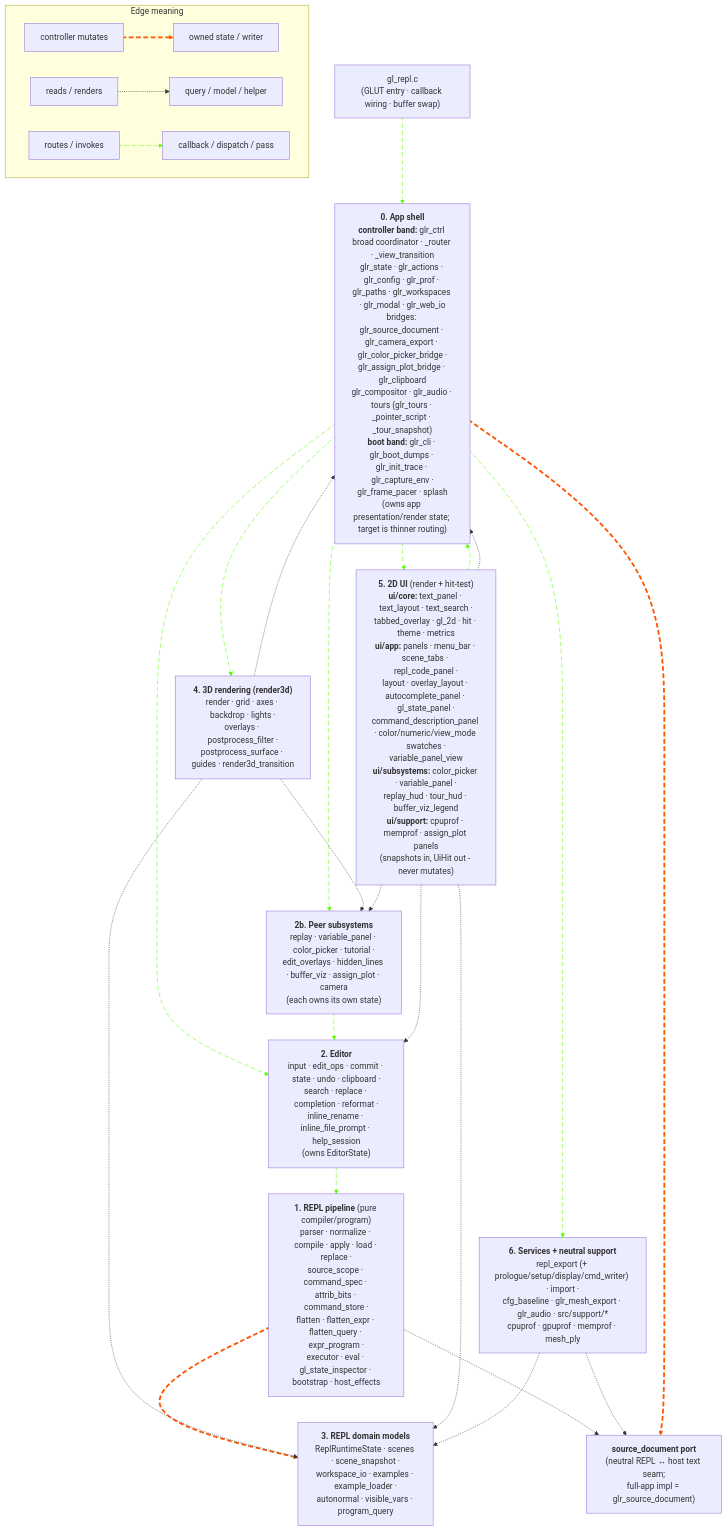
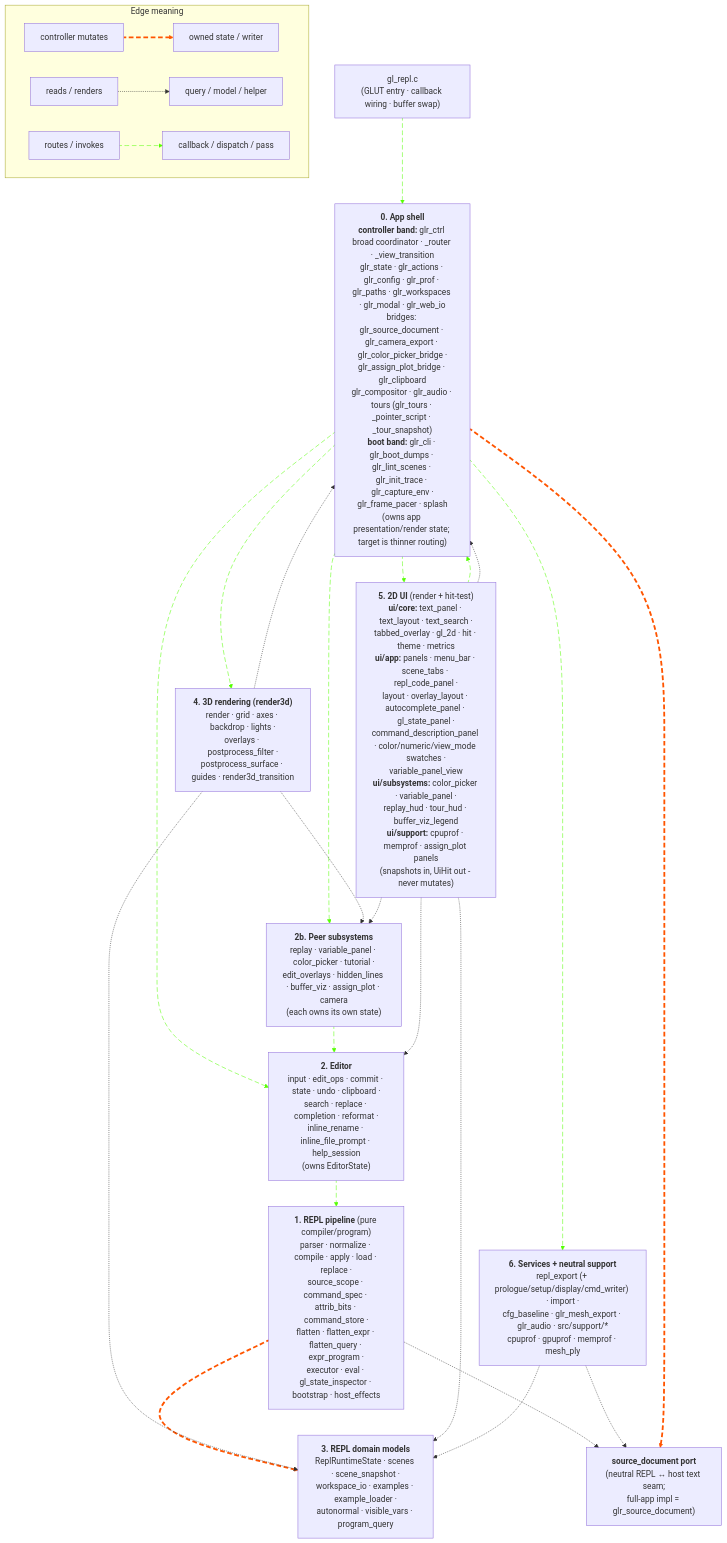
Before and after one commit to drewwoods/gl-repl: the first of 2 diagrams in docs/MODULES.md, drawn with Mermaid. The commit also changed other lines of this file and 15 other files, not shown here.

````diff
--- a/docs/MODULES.md
+++ b/docs/MODULES.md
@@ -746,79 +747,79 @@
 ```mermaid
 flowchart TB
     subgraph legend["Edge meaning"]
         lmut_a["controller mutates"] e1@==> lmut_b["owned state / writer"]
         lread_a["reads / renders"] -.-> lread_b["query / model / helper"]
         lflow_a["routes / invokes"] i1@--> lflow_b["callback / dispatch / pass"]
     end
 
     gl_repl["gl_repl.c<br/>(GLUT entry · callback wiring · buffer swap)"]
 
-    app["<b>0. App shell</b><br/><b>controller band:</b> glr_ctrl broad coordinator · _router · _view_transition<br/>glr_state · glr_actions · glr_config · glr_prof · glr_paths · glr_workspaces · glr_modal · glr_web_io<br/>bridges: glr_source_document · glr_camera_export · glr_color_picker_bridge ·<br/>glr_assign_plot_bridge · glr_clipboard<br/>glr_compositor · glr_audio · tours (glr_tours · _pointer_script · _tour_snapshot)<br/><b>boot band:</b> glr_cli · glr_boot_dumps · glr_init_trace · glr_capture_env ·<br/>glr_frame_pacer · splash<br/>(owns app presentation/render state; target is thinner routing)"]
+    app["<b>0. App shell</b><br/><b>controller band:</b> glr_ctrl broad coordinator · _router · _view_transition<br/>glr_state · glr_actions · glr_config · glr_prof · glr_paths · glr_workspaces · glr_modal · glr_web_io<br/>bridges: glr_source_document · glr_camera_export · glr_color_picker_bridge ·<br/>glr_assign_plot_bridge · glr_clipboard<br/>glr_compositor · glr_audio · tours (glr_tours · _pointer_script · _tour_snapshot)<br/><b>boot band:</b> glr_cli · glr_boot_dumps · glr_lint_scenes · glr_init_trace · glr_capture_env ·<br/>glr_frame_pacer · splash<br/>(owns app presentation/render state; target is thinner routing)"]
 
     editor["<b>2. Editor</b><br/>input · edit_ops · commit · state · undo · clipboard ·<br/>search · replace · completion · reformat ·<br/>inline_rename · inline_file_prompt · help_session<br/>(owns EditorState)"]
 
     peers["<b>2b. Peer subsystems</b><br/>replay · variable_panel · color_picker · tutorial ·<br/>edit_overlays · hidden_lines · buffer_viz · assign_plot · camera<br/>(each owns its own state)"]
 
     repl["<b>1. REPL pipeline</b> (pure compiler/program)<br/>parser · normalize · compile · apply · load · replace ·<br/>source_scope · command_spec · attrib_bits · command_store ·<br/>flatten · flatten_expr · flatten_query · expr_program ·<br/>executor · eval · gl_state_inspector · bootstrap · host_effects"]
 
     models["<b>3. REPL domain models</b><br/>ReplRuntimeState · scenes · scene_snapshot ·<br/>workspace_io · examples · example_loader ·<br/>autonormal · visible_vars · program_query"]
 
     srcdoc["<b>source_document port</b><br/>(neutral REPL ↔ host text seam;<br/>full-app impl = glr_source_document)"]
 
     ui["<b>5. 2D UI</b> (render + hit-test)<br/><b>ui/core:</b> text_panel · text_layout · text_search ·<br/>tabbed_overlay · gl_2d · hit · theme · metrics<br/><b>ui/app:</b> panels · menu_bar · scene_tabs · repl_code_panel ·<br/>layout · overlay_layout · autocomplete_panel · gl_state_panel ·<br/>command_description_panel · color/numeric/view_mode swatches ·<br/>variable_panel_view<br/><b>ui/subsystems:</b> color_picker · variable_panel ·<br/>replay_hud · tour_hud · buffer_viz_legend<br/><b>ui/support:</b> cpuprof · memprof · assign_plot panels<br/>(snapshots in, UiHit out - never mutates)"]
 
     render3d["<b>4. 3D rendering (render3d)</b><br/>render · grid · axes · backdrop · lights ·<br/>overlays · postprocess_filter ·<br/>postprocess_surface · guides · render3d_transition"]
 
     services["<b>6. Services + neutral support</b><br/>repl_export (+ prologue/setup/display/cmd_writer) · import ·<br/>cfg_baseline · glr_mesh_export · glr_audio · src/support/*<br/>cpuprof · gpuprof · memprof · mesh_ply"]
 
     %% Raw input flow: gl_repl.c hands GLUT events to the app shell. UI
     %% hit-tests are passive - they compute a UiHit and hand it back to
     %% the controller for dispatch.
     gl_repl i2@--> app
     ui i3@--> app
 
     %% App shell routes raw input to the owning subsystem, drives the
     %% frame, and calls UI/render3d/services.
     app i4@--> editor
     app i5@--> peers
     app i6@--> render3d
     app i7@--> ui
     app i8@--> services
 
     %% Editor commit is the only path crossing INTO the REPL pipeline.
     %% REPL apply / command_store mutates the program model.
     editor i9@--> repl
     repl e2@==> models
 
     %% Peers write back through the editor (color_picker rewrites a
     %% source line via editor_commit_apply_external_change; the
     %% variable_panel drag rewrites a numeric token the same way).
     peers i10@--> editor
 
     %% Source-document port: REPL pipeline reads/writes source text
     %% through the neutral port, and services read source through it
     %% too. The full-app adapter (app layer) delegates writes to the
     %% editor buffer - editor stays the single underlying writer.
     repl -.-> srcdoc
     services -.-> srcdoc
     app e3@==> srcdoc
 
     %% Render is read-only: render3d and UI consume snapshots of program /
     %% editor / peer / app state. They never mutate.
     render3d -.-> models
     render3d -.-> peers
     render3d -.-> app
     ui -.-> editor
     ui -.-> models
     ui -.-> peers
     ui -.-> app
 
     %% Services read program and editor state to persist/replay.
     services -.-> models
 
     classDef animateE stroke:#f50,stroke-dasharray: 9\,5,stroke-dashoffset: 900,animation: dash 90s linear infinite;
     classDef animateF stroke:#5f0,stroke-dasharray: 9\,5,stroke-dashoffset: 900,animation: dash 90s linear infinite;
 
     class e1,e2,e3 animateE
     class i1,i2,i3,i4,i5,i6,i7,i8,i9,i10 animateF
 ```
````
